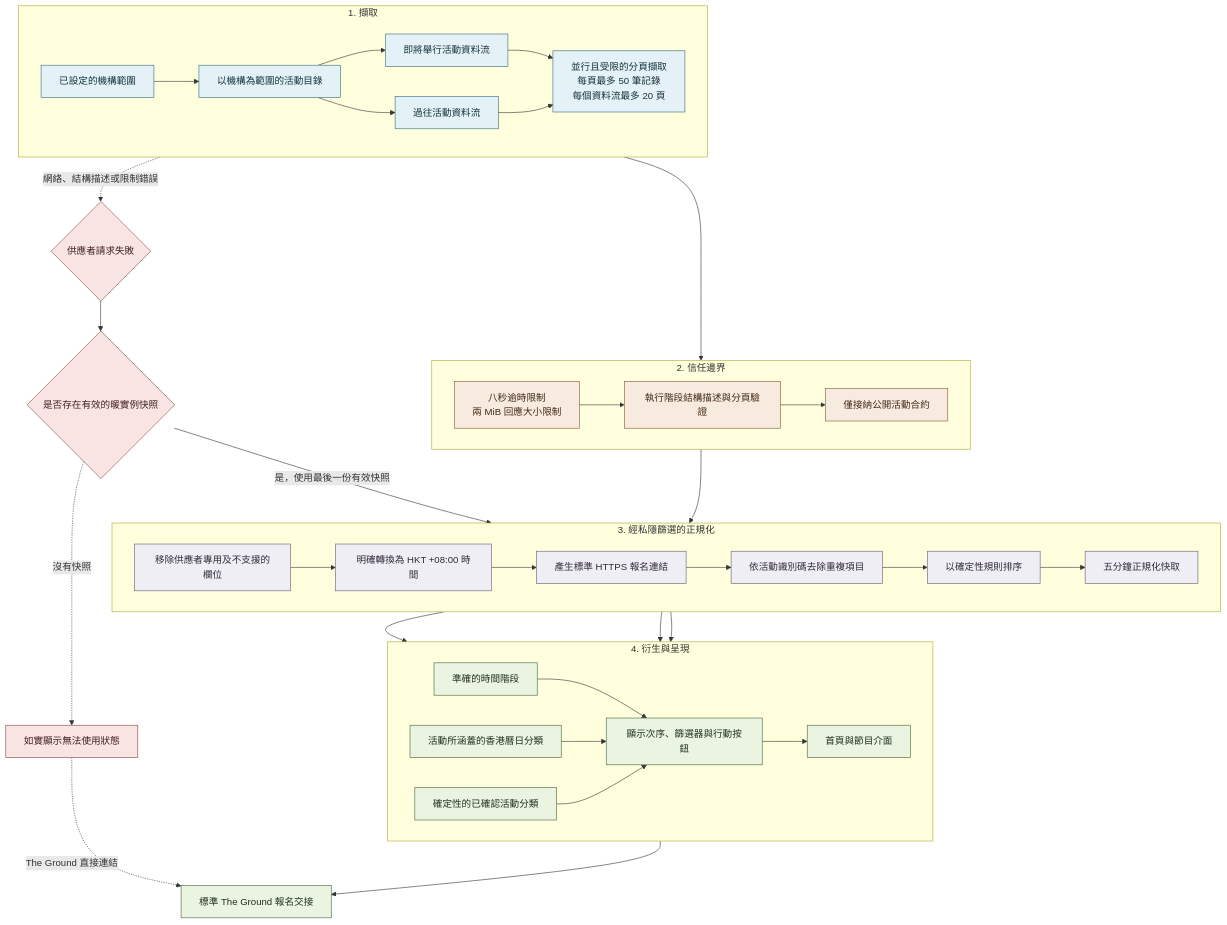
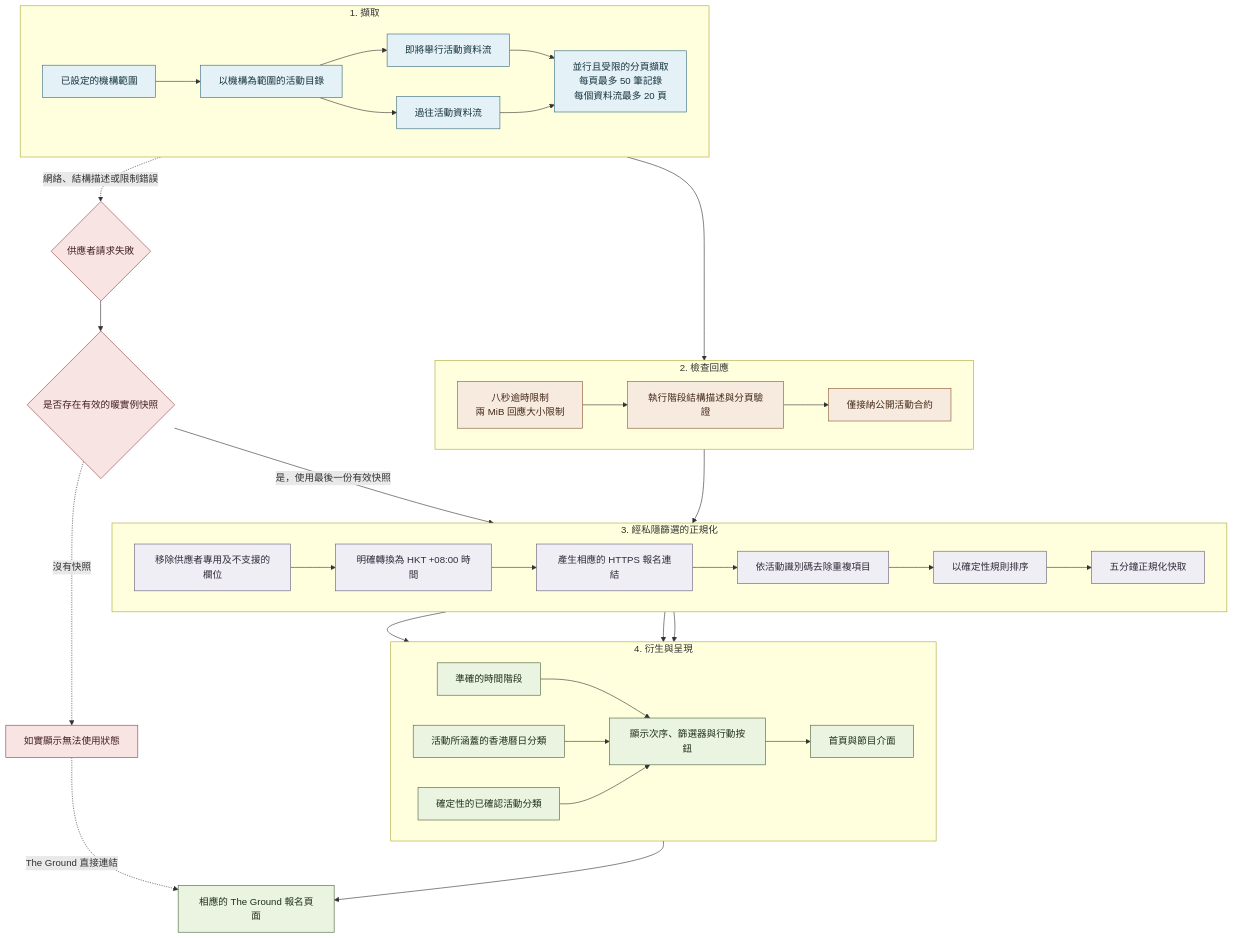
One commit to jackyngtf/wellness-village-event-platform changed the diagram in docs/diagrams/the-ground-event-interface.zh-Hant.mmd. Above: the diagram before and after it, drawn with Mermaid. The commit also changed 55 other files, not shown here.

```diff
--- a/docs/diagrams/the-ground-event-interface.zh-Hant.mmd
+++ b/docs/diagrams/the-ground-event-interface.zh-Hant.mmd
@@ -1,81 +1,81 @@
 flowchart TB
     subgraph ACQUIRE[1. 擷取]
         direction LR
         CONFIG[已設定的機構範圍]
         CATALOGUE[以機構為範圍的活動目錄]
         UPCOMING[即將舉行活動資料流]
         PAST[過往活動資料流]
         PAGINATION[並行且受限的分頁擷取<br/>每頁最多 50 筆記錄<br/>每個資料流最多 20 頁]
     end
 
-    subgraph TRUST[2. 信任邊界]
+    subgraph TRUST[2. 檢查回應]
         direction LR
         LIMITS[八秒逾時限制<br/>兩 MiB 回應大小限制]
         SCHEMA[執行階段結構描述與分頁驗證]
         PUBLIC_CONTRACT[僅接納公開活動合約]
     end
 
     subgraph NORMALISE[3. 經私隱篩選的正規化]
         direction LR
         FILTER[移除供應者專用及不支援的欄位]
         HKT[明確轉換為 HKT +08:00 時間]
-        LINKS[產生標準 HTTPS 報名連結]
+        LINKS[產生相應的 HTTPS 報名連結]
         DEDUP[依活動識別碼去除重複項目]
         SORT[以確定性規則排序]
         CACHE[五分鐘正規化快取]
     end
 
     subgraph DERIVE[4. 衍生與呈現]
         direction LR
         PHASE[準確的時間階段]
         CALENDAR[活動所涵蓋的香港曆日分類]
         CATEGORIES[確定性的已確認活動分類]
         DISPLAY[顯示次序、篩選器與行動按鈕]
         UI[首頁與節目介面]
     end
 
     FALLBACK{供應者請求失敗}
     WARM{是否存在有效的暖實例快照}
     COLD[如實顯示無法使用狀態]
-    BOOKING[標準 The Ground 報名交接]
+    BOOKING[相應的 The Ground 報名頁面]
 
     CONFIG --> CATALOGUE
     CATALOGUE --> UPCOMING
     CATALOGUE --> PAST
     UPCOMING --> PAGINATION
     PAST --> PAGINATION
     PAGINATION --> LIMITS
     LIMITS --> SCHEMA
     SCHEMA --> PUBLIC_CONTRACT
     PUBLIC_CONTRACT --> FILTER
     FILTER --> HKT
     HKT --> LINKS
     LINKS --> DEDUP
     DEDUP --> SORT
     SORT --> CACHE
 
     CACHE --> PHASE
     CACHE --> CALENDAR
     CACHE --> CATEGORIES
     PHASE --> DISPLAY
     CALENDAR --> DISPLAY
     CATEGORIES --> DISPLAY
     DISPLAY --> UI
     UI --> BOOKING
 
     PAGINATION -.->|網絡、結構描述或限制錯誤| FALLBACK
     FALLBACK --> WARM
     WARM -->|是，使用最後一份有效快照| CACHE
     WARM -.->|沒有快照| COLD
     COLD -.->|The Ground 直接連結| BOOKING
 
     classDef acquire fill:#e4f1f7,stroke:#356a7d,color:#16333d
     classDef trust fill:#f7eadf,stroke:#8a5834,color:#442a18
     classDef normalise fill:#f0eef5,stroke:#675b79,color:#312a3a
     classDef derive fill:#eaf4e1,stroke:#48633c,color:#20301b
     classDef failure fill:#f9e4e4,stroke:#8b4545,color:#421f1f
     class CONFIG,CATALOGUE,UPCOMING,PAST,PAGINATION acquire
     class LIMITS,SCHEMA,PUBLIC_CONTRACT trust
     class FILTER,HKT,LINKS,DEDUP,SORT,CACHE normalise
     class PHASE,CALENDAR,CATEGORIES,DISPLAY,UI,BOOKING derive
     class FALLBACK,WARM,COLD failure
```
